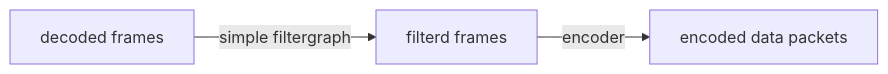
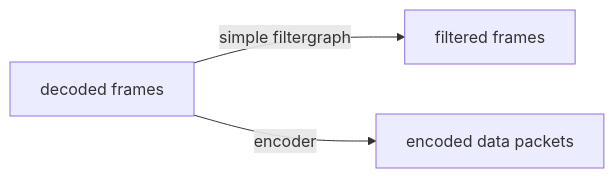
Before and after one commit to gendloop/LearningNotes: the second of 5 diagrams in docs/tools/ffmpeg/guide.md, drawn with Mermaid. The commit also changed other lines of this file, not shown here.

````diff
--- a/docs/tools/ffmpeg/guide.md
+++ b/docs/tools/ffmpeg/guide.md
@@ -52,6 +51,5 @@
 ```mermaid
 graph LR
-A[decoded frames]
--->|simple filtergraph| B[filterd frames]
--->|encoder| C[encoded data packets]
+A[decoded frames] -->|simple filtergraph| B[filtered frames]
+A[decoded frames] -->|encoder| C[encoded data packets]
 ```
````
